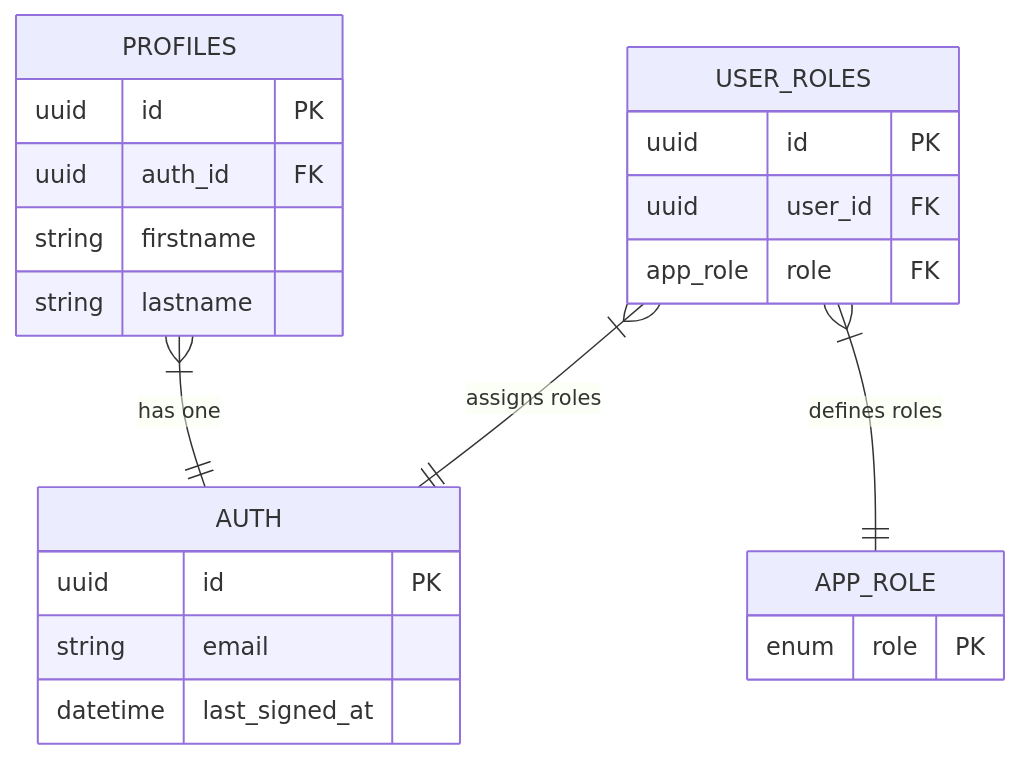
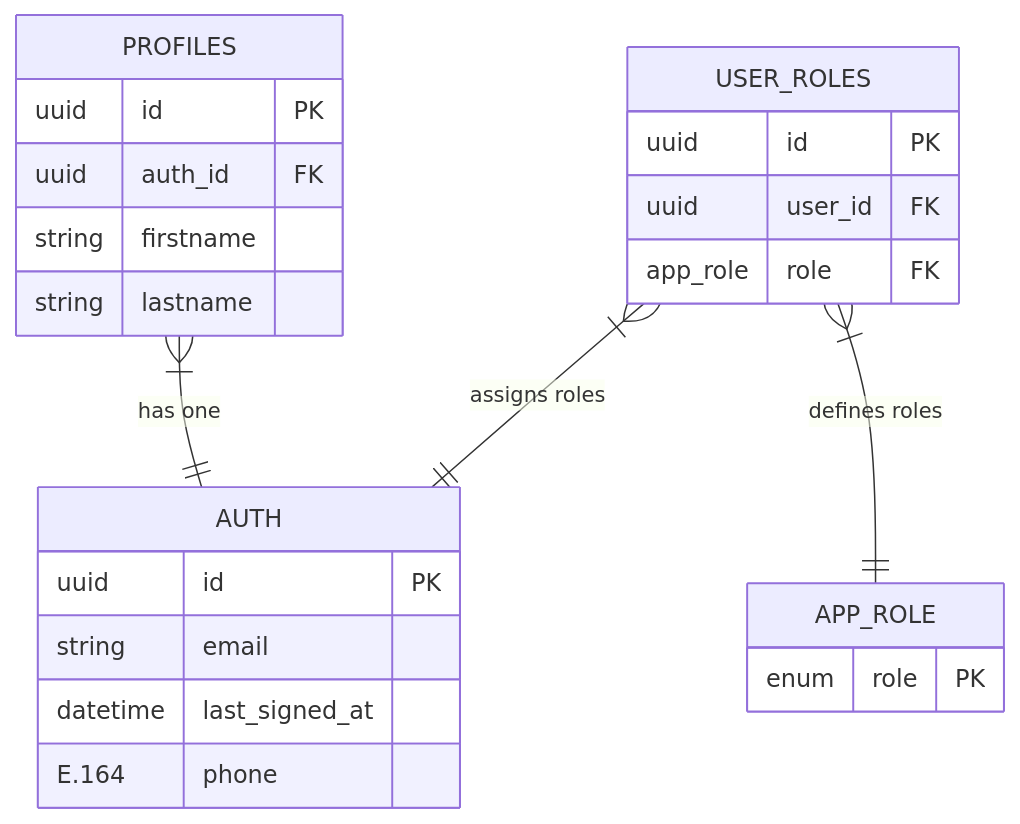
The diagram in doc/data_model.md (LeoEsnault/ConsoleAdmin), drawn with Mermaid before and after one commit. The commit also changed 18 other files, not shown here.

````diff
--- a/doc/data_model.md
+++ b/doc/data_model.md
@@ -3,29 +3,30 @@
 ```mermaid
 erDiagram
     PROFILES {
         uuid id PK
         uuid auth_id FK
         string firstname
         string lastname
     }
 
     APP_ROLE {
         enum role PK
     }
 
     USER_ROLES {
         uuid id PK
         uuid user_id FK
         app_role role FK
     }
 
     AUTH {
         uuid id PK
         string email
         datetime last_signed_at
+        E.164 phone
     }
 
     PROFILES }|--|| AUTH: "has one"
     USER_ROLES }|--|| AUTH: "assigns roles"
     USER_ROLES }|--|| APP_ROLE : "defines roles"
 ```
````
